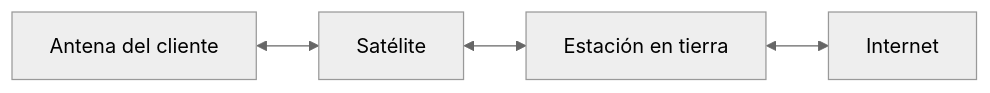
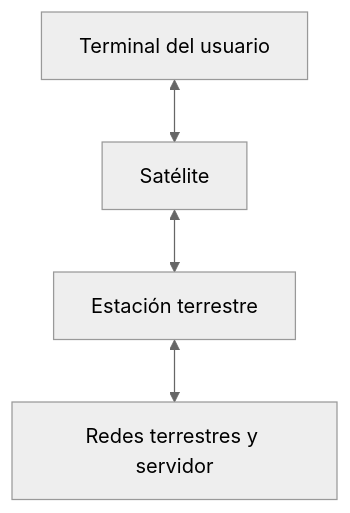
The diagram in src/content/es/articles/internet-por-satelite.mdx (nbfrodri/devly), drawn with Mermaid (neutral theme) before and after one commit. The commit also changed other lines of this file and 142 other files, not shown here.

````diff
--- a/src/content/es/articles/internet-por-satelite.mdx
+++ b/src/content/es/articles/internet-por-satelite.mdx
@@ -21,6 +32,6 @@
 ```mermaid
-flowchart LR
-	C["Antena del cliente"] <--> S["Satélite"]
-	S <--> E["Estación en tierra"]
-	E <--> I["Internet"]
+flowchart TD
+    C["Terminal del usuario"] <--> S["Satélite"]
+    S <--> E["Estación terrestre"]
+    E <--> I["Redes terrestres y servidor"]
 ```
````
